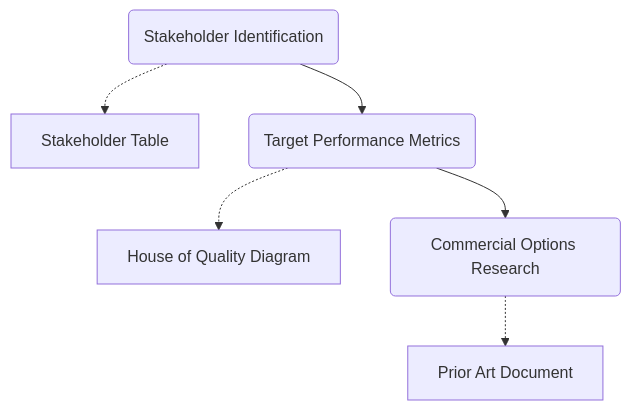
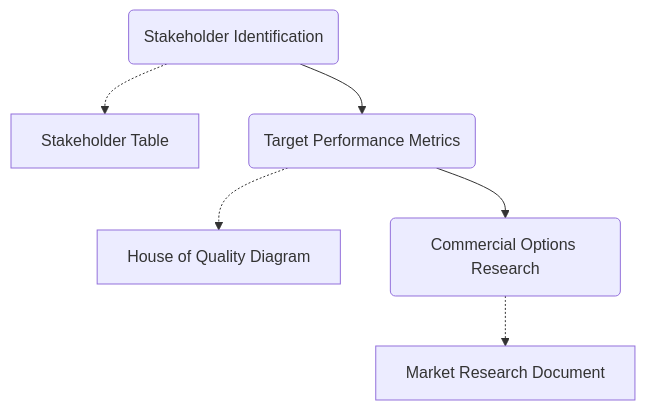
The diagram in Section 1 Initial Assessment and Research.md (UA-ACUASI-Engineering/Payload_Integration), drawn with Mermaid before and after one commit. The commit also changed other lines of this file and 8 other files, not shown here.

````diff
--- a/Section 1 Initial Assessment and Research.md
+++ b/Section 1 Initial Assessment and Research.md
@@ -12,8 +12,8 @@
 ```mermaid
 graph TD
     Stak(Stakeholder Identification) -.-> StakeTab[Stakeholder Table]
     Stak --> Perf(Target Performance Metrics)
     Perf -.-> HouseDia[House of Quality Diagram]
     Perf --> Res(Commercial Options Research)
-    Res -.-> PriorArt[Prior Art Document]
+    Res -.-> PriorArt[Market Research Document]
 ```
````
